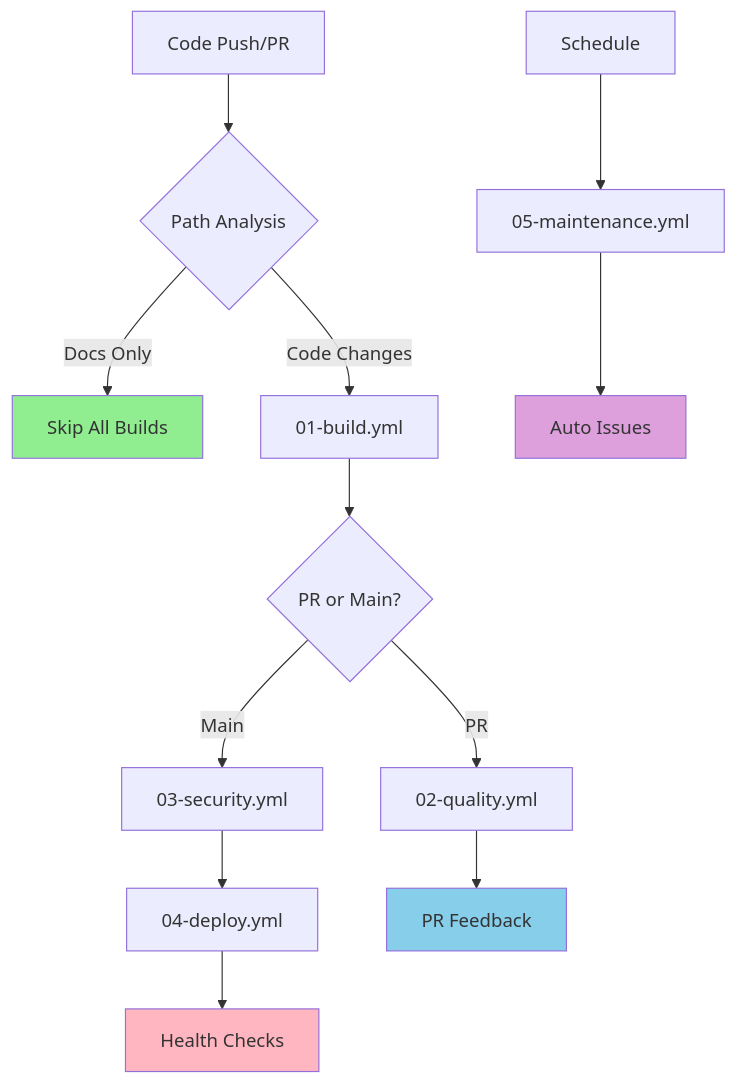
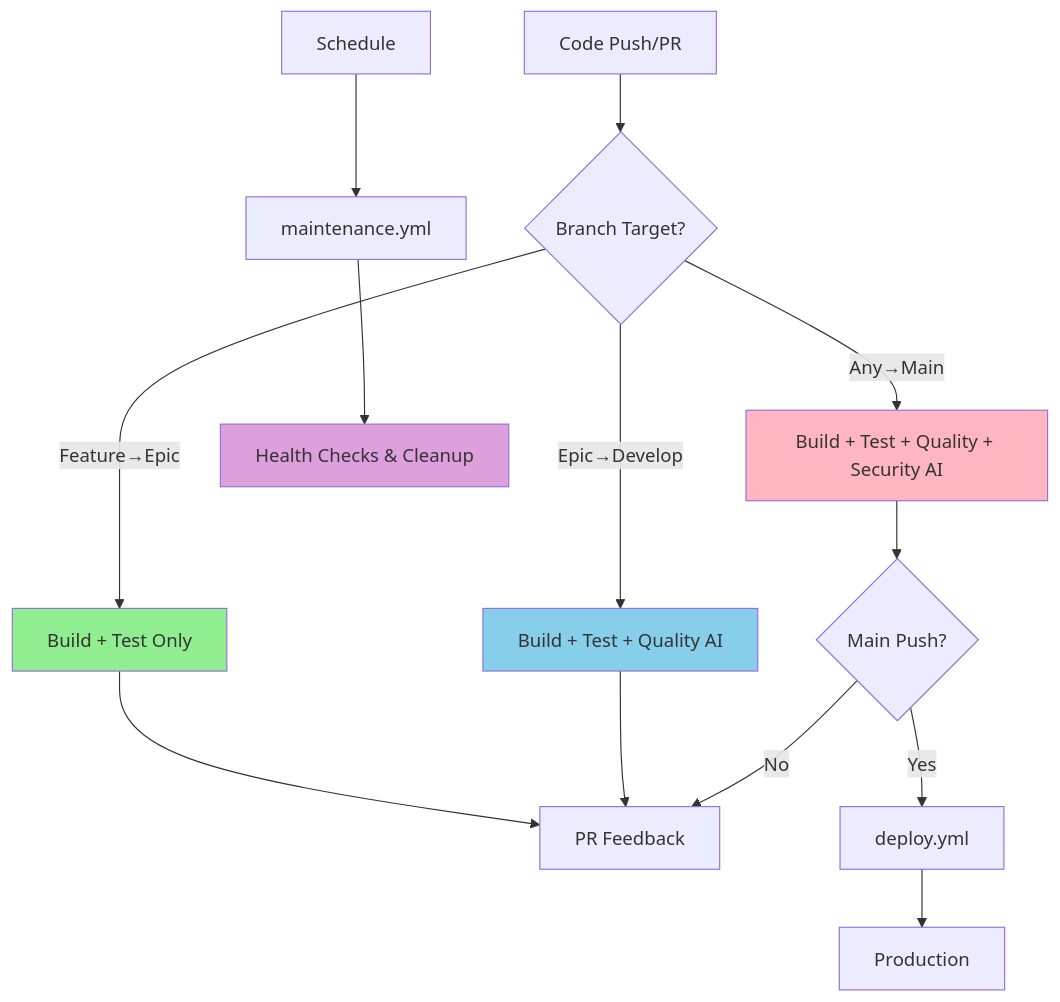
Before and after one commit to Zarichney-Development/zarichney-api: the diagram in .github/workflows/README.md, drawn with Mermaid. The commit also changed other lines of this file and 11 other files, not shown here.

````diff
--- a/.github/workflows/README.md
+++ b/.github/workflows/README.md
@@ -46,23 +40,25 @@
 ```mermaid
 graph TD
-    A[Code Push/PR] --> B{Path Analysis}
+    A[Code Push/PR] --> B{Branch Target?}
     
-    B -->|Docs Only| C[Skip All Builds]
-    B -->|Code Changes| D[01-build.yml]
+    B -->|Feature→Epic| C[Build + Test Only]
+    B -->|Epic→Develop| D[Build + Test + Quality AI]
+    B -->|Any→Main| E[Build + Test + Quality + Security AI]
     
-    D --> E{PR or Main?}
-    E -->|PR| F[02-quality.yml]
-    E -->|Main| G[03-security.yml]
+    C --> F[PR Feedback]
+    D --> F
+    E --> G{Main Push?}
     
-    G --> H[04-deploy.yml]
-    F --> I[PR Feedback]
-    H --> J[Health Checks]
+    G -->|Yes| H[deploy.yml]
+    G -->|No| F
     
-    K[Schedule] --> L[05-maintenance.yml]
-    L --> M[Auto Issues]
+    H --> I[Production]
+    
+    J[Schedule] --> K[maintenance.yml]
+    K --> L[Health Checks & Cleanup]
     
     style C fill:#90EE90
-    style I fill:#87CEEB
-    style J fill:#FFB6C1
-    style M fill:#DDA0DD
+    style D fill:#87CEEB
+    style E fill:#FFB6C1
+    style L fill:#DDA0DD
 ```
````
